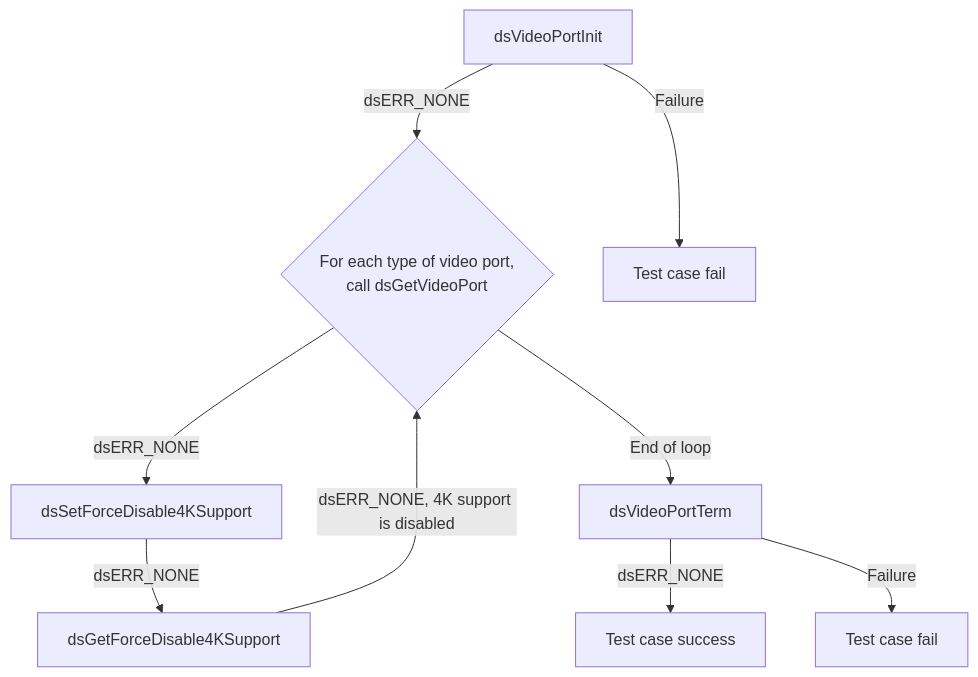
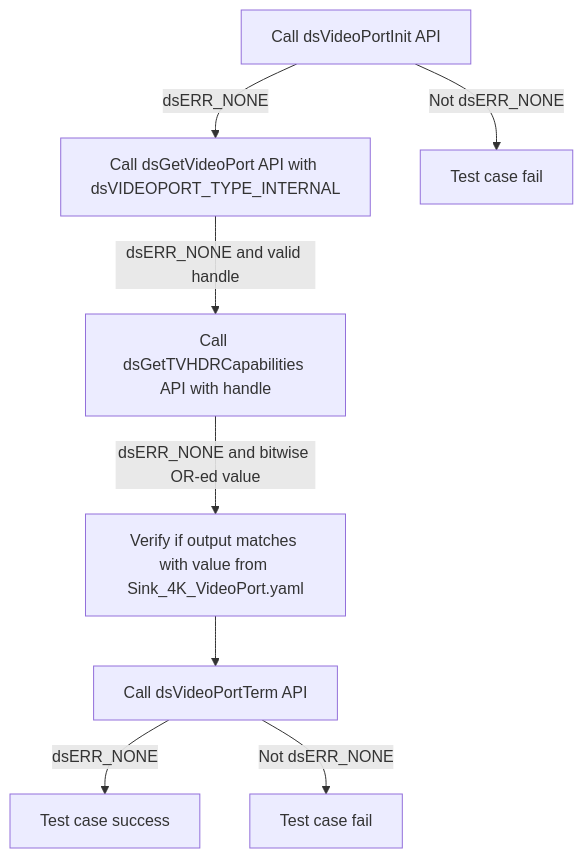
One commit to rdkcentral/rdk-halif-test-device_settings changed the tenth of 30 diagrams in docs/pages/dsVideoPort_L2_Low-Level_TestSpecification.md. Above: the diagram before and after it, drawn with Mermaid. The commit also changed other lines of this file and 5 other files, not shown here.

````diff
--- a/docs/pages/dsVideoPort_L2_Low-Level_TestSpecification.md
+++ b/docs/pages/dsVideoPort_L2_Low-Level_TestSpecification.md
@@ -382,11 +469,10 @@
 ```mermaid
 graph TB
-    A[dsVideoPortInit] -->|dsERR_NONE| B{For each type of video port, <br> call dsGetVideoPort }
-    B -->|dsERR_NONE| D[dsSetForceDisable4KSupport]
-    D -->|dsERR_NONE| E[dsGetForceDisable4KSupport]
-    E -->|dsERR_NONE, 4K support is disabled| B
-    B -->|End of loop| I[dsVideoPortTerm]
-    I -->|dsERR_NONE| J[Test case success]
-    A -->|Failure| K[Test case fail]
-    I -->|Failure| R[Test case fail]
+    A[Call dsVideoPortInit API] -->|dsERR_NONE| B[Call dsGetVideoPort API with dsVIDEOPORT_TYPE_INTERNAL]
+    A -->|Not dsERR_NONE| A1[Test case fail]
+    B -->|dsERR_NONE and valid handle| C[Call dsGetTVHDRCapabilities API with handle]
+    C -->|dsERR_NONE and bitwise OR-ed value| D[Verify if output matches with value from Sink_4K_VideoPort.yaml]
+    D --> E[Call dsVideoPortTerm API]
+    E -->|dsERR_NONE| F[Test case success]
+    E -->|Not dsERR_NONE| E1[Test case fail]
 ```
````
